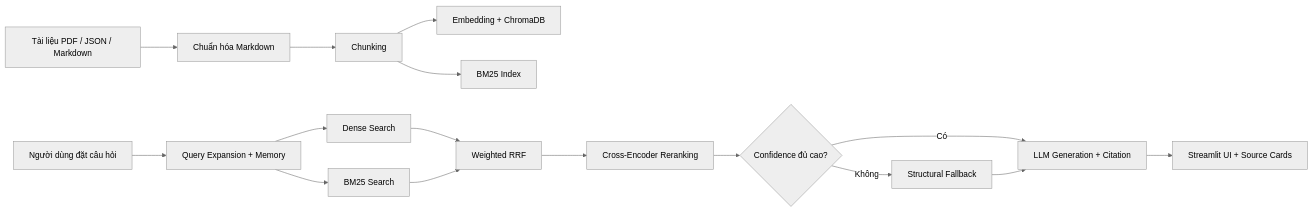
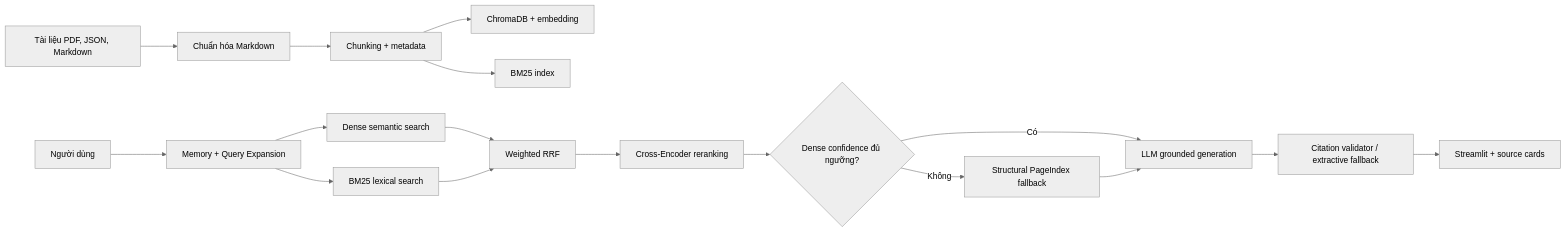
Before and after one commit to yutari/K4-Day08-B2_1: the diagram in doc.md, drawn with Mermaid (neutral theme). The commit also changed other lines of this file and 11 other files, not shown here.

````diff
--- a/doc.md
+++ b/doc.md
@@ -25,18 +22,20 @@
-```mermaid
+~~~mermaid
 flowchart LR
-    A[Tài liệu PDF / JSON / Markdown] --> B[Chuẩn hóa Markdown]
-    B --> C[Chunking]
-    C --> D[Embedding + ChromaDB]
-    C --> E[BM25 Index]
-    U[Người dùng đặt câu hỏi] --> Q[Query Expansion + Memory]
-    Q --> F[Dense Search]
-    Q --> G[BM25 Search]
+    A[Tài liệu PDF, JSON, Markdown] --> B[Chuẩn hóa Markdown]
+    B --> C[Chunking + metadata]
+    C --> D[ChromaDB + embedding]
+    C --> E[BM25 index]
+
+    U[Người dùng] --> M[Memory + Query Expansion]
+    M --> F[Dense semantic search]
+    M --> G[BM25 lexical search]
     F --> H[Weighted RRF]
     G --> H
-    H --> I[Cross-Encoder Reranking]
-    I --> J{Confidence đủ cao?}
-    J -- Có --> K[LLM Generation + Citation]
-    J -- Không --> L[Structural Fallback]
+    H --> I[Cross-Encoder reranking]
+    I --> J{Dense confidence đủ ngưỡng?}
+    J -- Có --> K[LLM grounded generation]
+    J -- Không --> L[Structural PageIndex fallback]
     L --> K
-    K --> M[Streamlit UI + Source Cards]
-```
+    K --> V[Citation validator / extractive fallback]
+    V --> W[Streamlit + source cards]
+~~~
````
